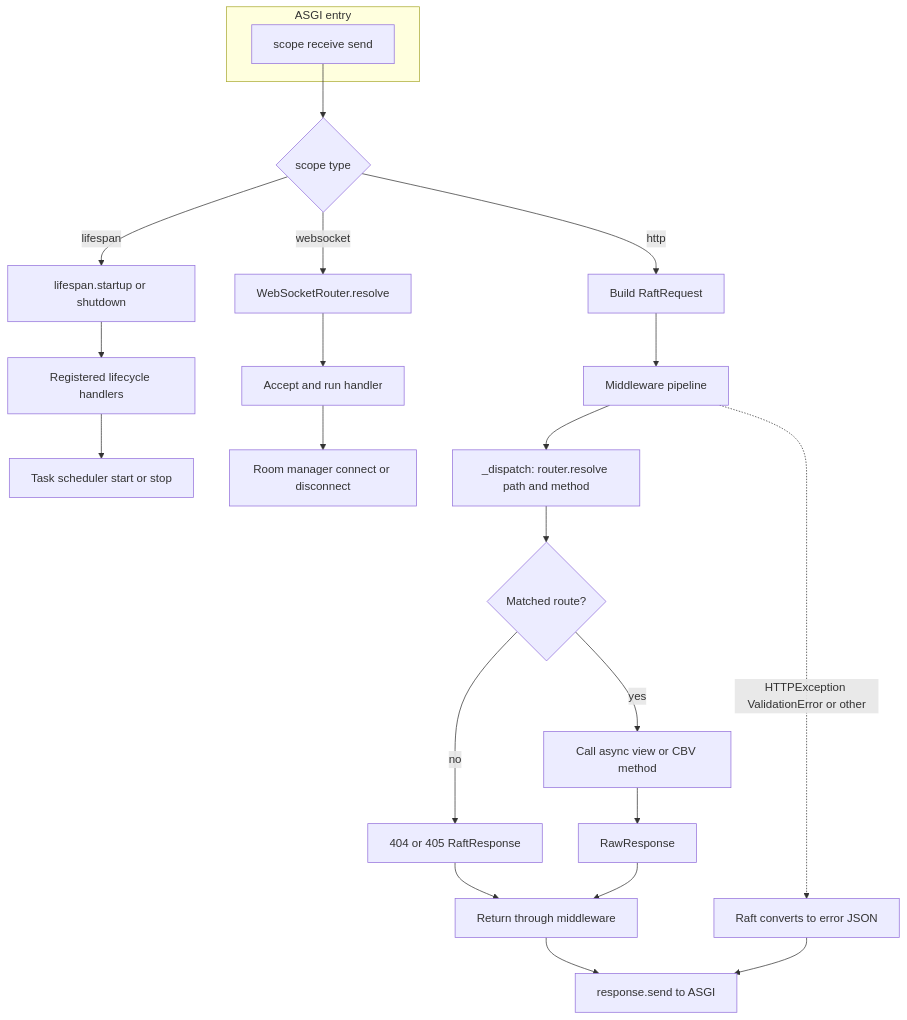
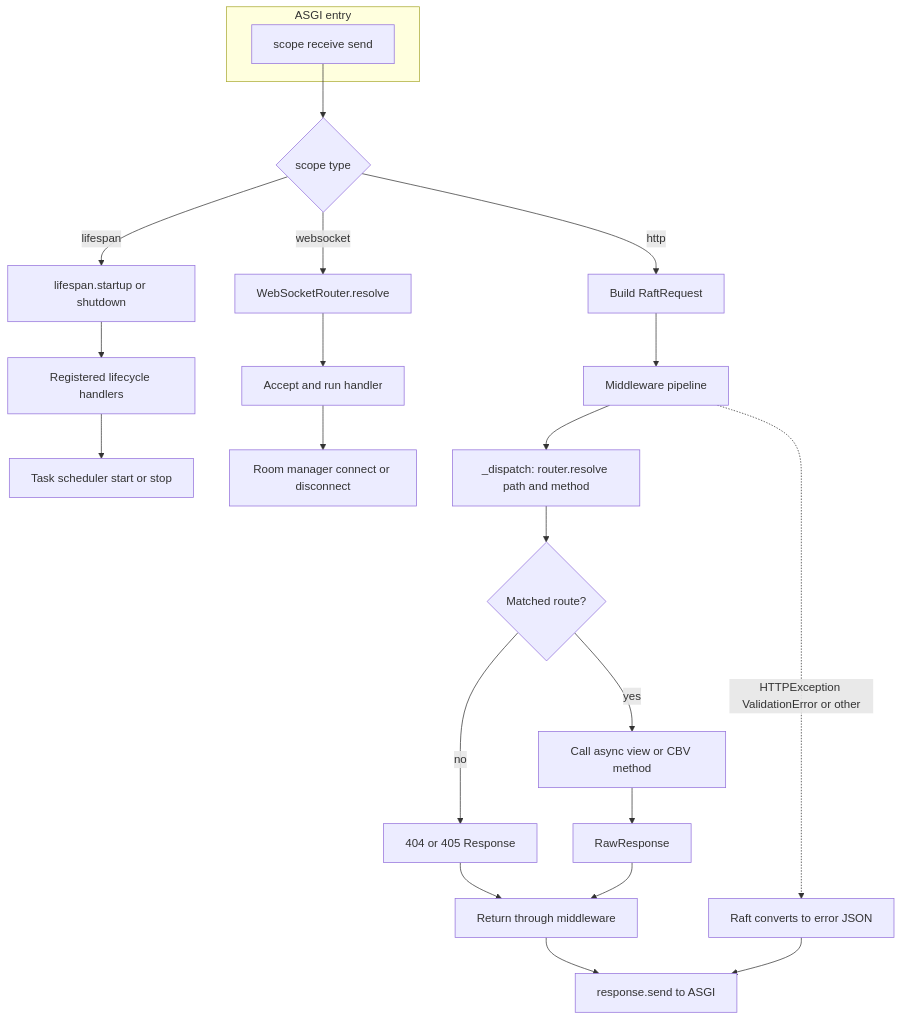
One commit to Team-Routex/demo-proejcts changed the first of 2 diagrams in README.md. Above: the diagram before and after it, drawn with Mermaid. The commit also changed other lines of this file and 343 other files, not shown here.

````diff
--- a/README.md
+++ b/README.md
@@ -167,30 +215,30 @@
 ```mermaid
 flowchart TB
     subgraph entry [ASGI entry]
         S[scope receive send]
     end
 
     S --> B{scope type}
 
     B -->|lifespan| LF[lifespan.startup or shutdown]
     LF --> LH[Registered lifecycle handlers]
     LH --> LS[Task scheduler start or stop]
 
     B -->|websocket| WR[WebSocketRouter.resolve]
     WR --> WH[Accept and run handler]
     WH --> WM[Room manager connect or disconnect]
 
     B -->|http| RQ[Build RaftRequest]
     RQ --> MW[Middleware pipeline]
     MW --> DP["_dispatch: router.resolve path and method"]
     DP --> MT{Matched route?}
-    MT -->|no| NA[404 or 405 RaftResponse]
+    MT -->|no| NA[404 or 405 Response]
     MT -->|yes| VH[Call async view or CBV method]
     VH --> RR[RawResponse]
     NA --> OUT[Return through middleware]
     RR --> OUT
     OUT --> SND[response.send to ASGI]
 
     MW -.->|HTTPException ValidationError or other| EX[Raft converts to error JSON]
     EX --> SND
 ```
````
